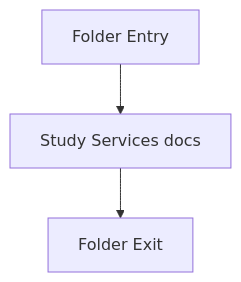
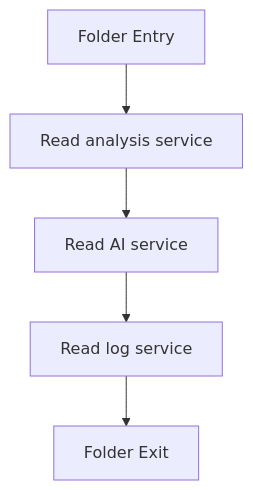
One commit to JohnAndrewBalbarosa/NeoTerritory changed the diagram in docs/Codebase/Backend/src/services/README.md. Above: the diagram before and after it, drawn with Mermaid. The commit also changed other lines of this file and 25 other files, not shown here.

First line of the commit message:
Update docs for live class-analysis flow

````diff
--- a/docs/Codebase/Backend/src/services/README.md
+++ b/docs/Codebase/Backend/src/services/README.md
@@ -14,8 +14,12 @@
 ```mermaid
 flowchart TD
     Start["Folder Entry"]
-    N0["Study Services docs"]
+    N0["Read analysis service"]
+    N1["Read AI service"]
+    N2["Read log service"]
     End["Folder Exit"]
     Start --> N0
-    N0 --> End
+    N0 --> N1
+    N1 --> N2
+    N2 --> End
 ```
````
